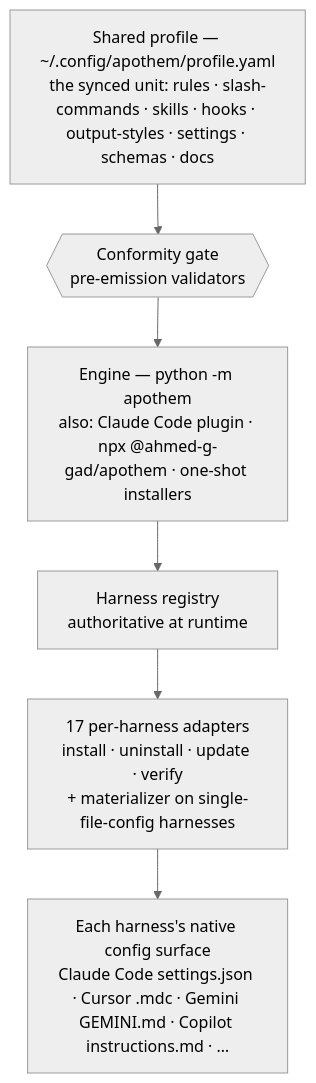
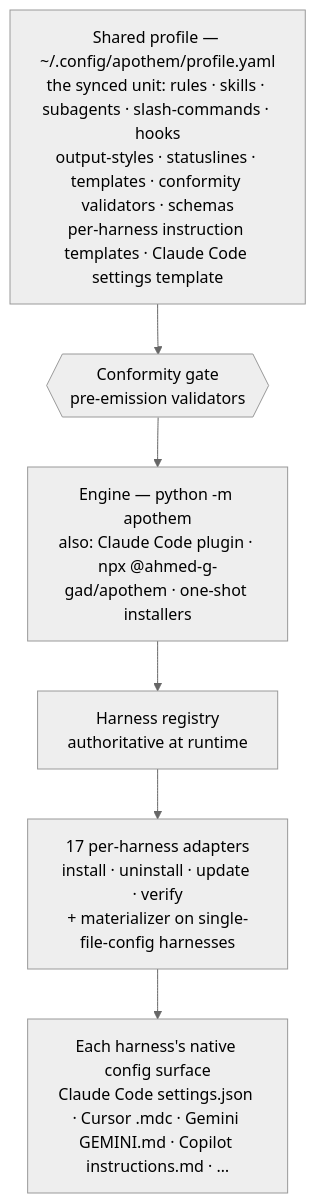
Before and after one commit to Ahmed-G-Gad/apothem: the diagram in CLAUDE.md, drawn with Mermaid. The commit also changed other lines of this file and 7 other files, not shown here.

First line of the commit message:
docs: align synced-unit list with the propagation manifest (#85)

````diff
--- a/CLAUDE.md
+++ b/CLAUDE.md
@@ -108,15 +110,15 @@
 ```mermaid
 %%{ init: { "theme": "neutral" } }%%
-%% verified: 2026-08-14 %%
+%% verified: 2026-10-15 %%
 %% provenance: CLAUDE.md Project Purpose — the shared-profile → adapter → native-surface flow %%
 %% cross-reference: src/apothem/lib/harness_registry_data.py (authoritative adapter registry); src/apothem/conformity/ (the gate) %%
 flowchart TD
-    Profile["Shared profile — ~/.config/apothem/profile.yaml<br/>the synced unit: rules · slash-commands · skills · hooks · output-styles · settings · schemas · docs"]
+    Profile["Shared profile — ~/.config/apothem/profile.yaml<br/>the synced unit: rules · skills · subagents · slash-commands · hooks<br/>output-styles · statuslines · templates · conformity validators · schemas<br/>per-harness instruction templates · Claude Code settings template"]
     Gate{{"Conformity gate<br/>pre-emission validators"}}
     Engine["Engine — python -m apothem<br/>also: Claude Code plugin · npx @ahmed-g-gad/apothem · one-shot installers"]
     Registry["Harness registry<br/>authoritative at runtime"]
     Adapters["17 per-harness adapters<br/>install · uninstall · update · verify<br/>+ materializer on single-file-config harnesses"]
     Native["Each harness's native config surface<br/>Claude Code settings.json · Cursor .mdc · Gemini GEMINI.md · Copilot instructions.md · …"]
 
     Profile --> Gate --> Engine --> Registry --> Adapters --> Native
 ```
````
